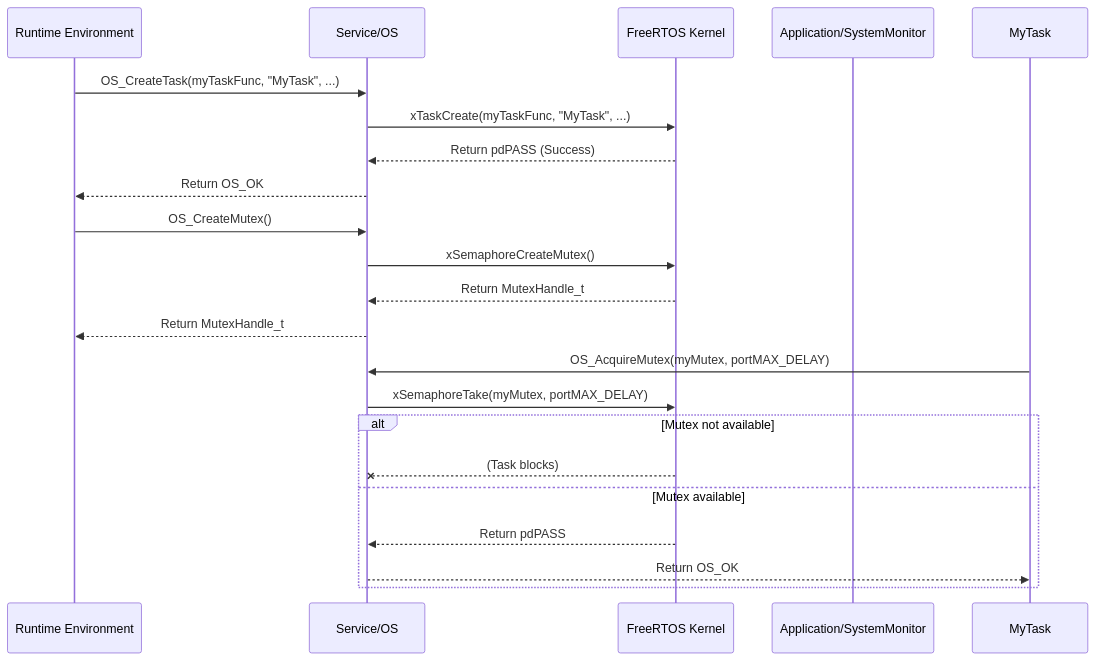
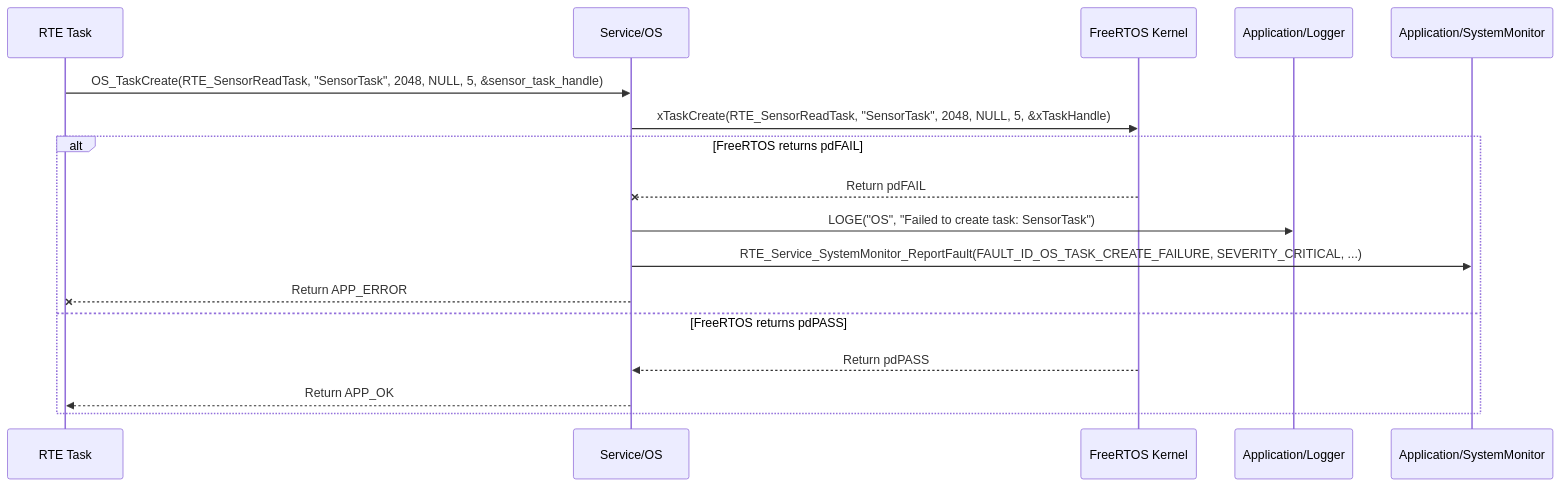
Before and after one commit to ashaker-2/Platform: the diagram in Requiremets/Design/Service/OS.md, drawn with Mermaid. The commit also changed other lines of this file and 26 other files, not shown here.

````diff
--- a/Requiremets/Design/Service/OS.md
+++ b/Requiremets/Design/Service/OS.md
@@ -188,26 +286,20 @@
 ```mermaid
 sequenceDiagram  
-    participant RTE as Runtime Environment  
+    participant RTE_AppInitTask as RTE Task  
     participant OS as Service/OS  
-    participant FreeRTOS_Kernel as FreeRTOS Kernel  
+    participant FreeRTOS as FreeRTOS Kernel  
+    participant Logger as Application/Logger  
     participant SystemMonitor as Application/SystemMonitor
 
-    RTE->>OS: OS_CreateTask(myTaskFunc, "MyTask", ...)  
-    OS->>FreeRTOS_Kernel: xTaskCreate(myTaskFunc, "MyTask", ...)  
-    FreeRTOS_Kernel-->>OS: Return pdPASS (Success)  
-    OS-->>RTE: Return OS_OK
-
-    RTE->>OS: OS_CreateMutex()  
-    OS->>FreeRTOS_Kernel: xSemaphoreCreateMutex()  
-    FreeRTOS_Kernel-->>OS: Return MutexHandle_t  
-    OS-->>RTE: Return MutexHandle_t
-
-    MyTask->>OS: OS_AcquireMutex(myMutex, portMAX_DELAY)  
-    OS->>FreeRTOS_Kernel: xSemaphoreTake(myMutex, portMAX_DELAY)  
-    alt Mutex not available  
-        FreeRTOS_Kernel--xOS: (Task blocks)  
-    else Mutex available  
-        FreeRTOS_Kernel-->>OS: Return pdPASS  
-        OS-->>MyTask: Return OS_OK  
+    RTE_AppInitTask->>OS: OS_TaskCreate(RTE_SensorReadTask, "SensorTask", 2048, NULL, 5, &sensor_task_handle)  
+    OS->>FreeRTOS: xTaskCreate(RTE_SensorReadTask, "SensorTask", 2048, NULL, 5, &xTaskHandle)  
+    alt FreeRTOS returns pdFAIL  
+        FreeRTOS--xOS: Return pdFAIL  
+        OS->>Logger: LOGE("OS", "Failed to create task: SensorTask")  
+        OS->>SystemMonitor: RTE_Service_SystemMonitor_ReportFault(FAULT_ID_OS_TASK_CREATE_FAILURE, SEVERITY_CRITICAL, ...)  
+        OS--xRTE_AppInitTask: Return APP_ERROR  
+    else FreeRTOS returns pdPASS  
+        FreeRTOS-->>OS: Return pdPASS  
+        OS-->>RTE_AppInitTask: Return APP_OK  
     end
 ```
````
